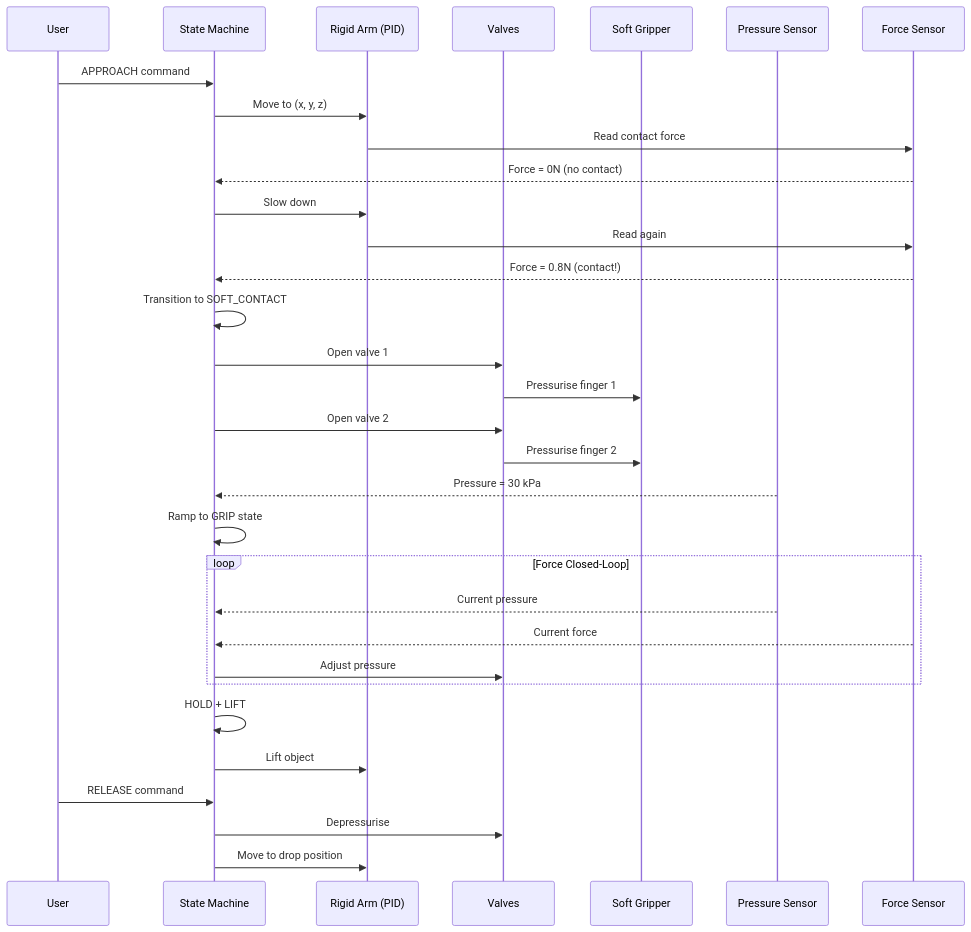
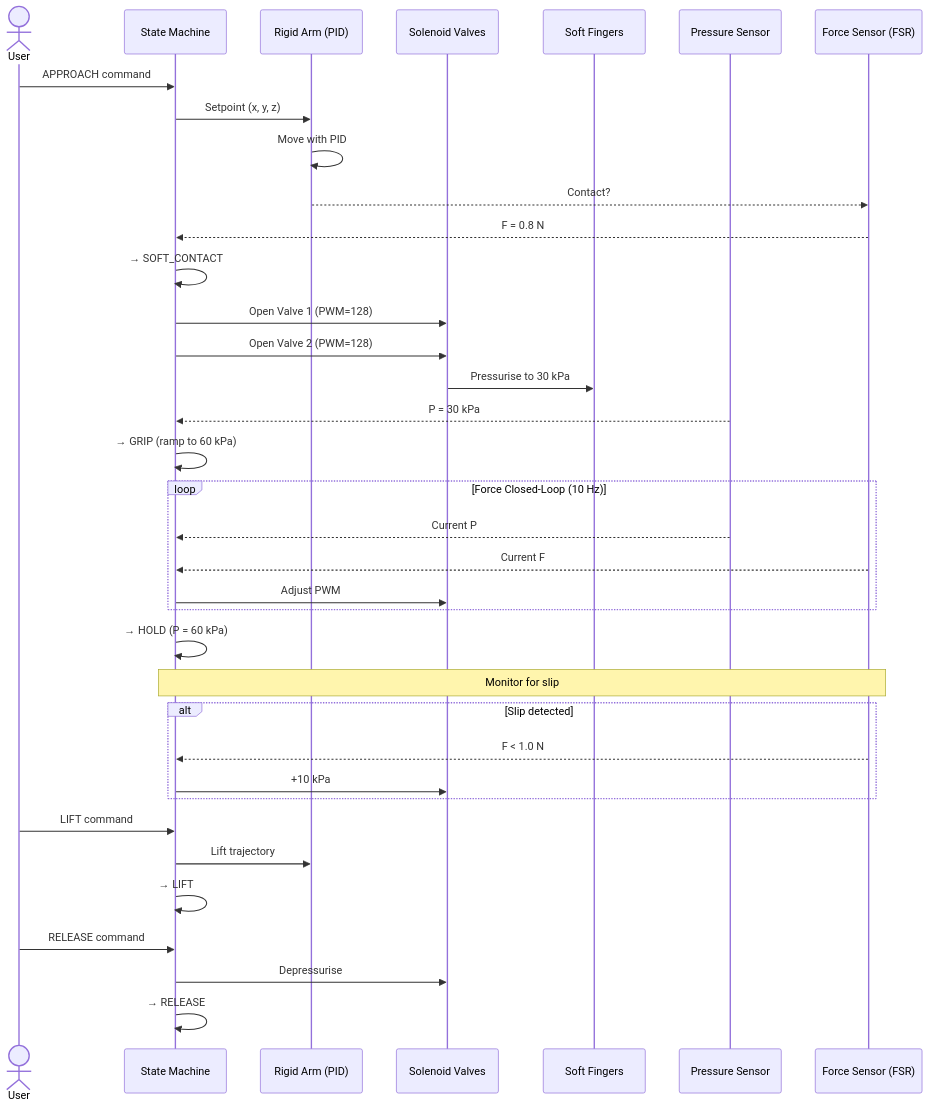
Before and after one commit to yip-lgtm/mech-Eng-Bootcamp: the fourth of 4 diagrams in mae-bootcamp/other/24_Week_Weekend_Bootcamp/Week_3_Soft_Robotics_Notes.md, drawn with Mermaid. The commit also changed other lines of this file and 15 other files, not shown here.

````diff
--- a/mae-bootcamp/other/24_Week_Weekend_Bootcamp/Week_3_Soft_Robotics_Notes.md
+++ b/mae-bootcamp/other/24_Week_Weekend_Bootcamp/Week_3_Soft_Robotics_Notes.md
@@ -409,35 +769,39 @@
 ```mermaid
 sequenceDiagram
-    participant U as User
+    actor U as User
     participant SM as State Machine
     participant R as Rigid Arm (PID)
-    participant V as Valves
-    participant F as Soft Gripper
+    participant V as Solenoid Valves
+    participant F as Soft Fingers
     participant P as Pressure Sensor
-    participant FS as Force Sensor
+    participant FS as Force Sensor (FSR)
 
     U->>SM: APPROACH command
-    SM->>R: Move to (x, y, z)
-    R->>FS: Read contact force
-    FS-->>SM: Force = 0N (no contact)
-    SM->>R: Slow down
-    R->>FS: Read again
-    FS-->>SM: Force = 0.8N (contact!)
-    SM->>SM: Transition to SOFT_CONTACT
-    SM->>V: Open valve 1
-    V->>F: Pressurise finger 1
-    SM->>V: Open valve 2
-    V->>F: Pressurise finger 2
-    P-->>SM: Pressure = 30 kPa
-    SM->>SM: Ramp to GRIP state
-    loop Force Closed-Loop
-        P-->>SM: Current pressure
-        FS-->>SM: Current force
-        SM->>V: Adjust pressure
+    SM->>R: Setpoint (x, y, z)
+    R->>R: Move with PID
+    R-->>FS: Contact?
+    FS-->>SM: F = 0.8 N
+    SM->>SM: → SOFT_CONTACT
+    SM->>V: Open Valve 1 (PWM=128)
+    SM->>V: Open Valve 2 (PWM=128)
+    V->>F: Pressurise to 30 kPa
+    P-->>SM: P = 30 kPa
+    SM->>SM: → GRIP (ramp to 60 kPa)
+    loop Force Closed-Loop (10 Hz)
+        P-->>SM: Current P
+        FS-->>SM: Current F
+        SM->>V: Adjust PWM
     end
-    SM->>SM: HOLD + LIFT
-    SM->>R: Lift object
+    SM->>SM: → HOLD (P = 60 kPa)
+    Note over SM,FS: Monitor for slip
+    alt Slip detected
+        FS-->>SM: F < 1.0 N
+        SM->>V: +10 kPa
+    end
+    U->>SM: LIFT command
+    SM->>R: Lift trajectory
+    SM->>SM: → LIFT
     U->>SM: RELEASE command
     SM->>V: Depressurise
-    SM->>R: Move to drop position
+    SM->>SM: → RELEASE
 ```
````
